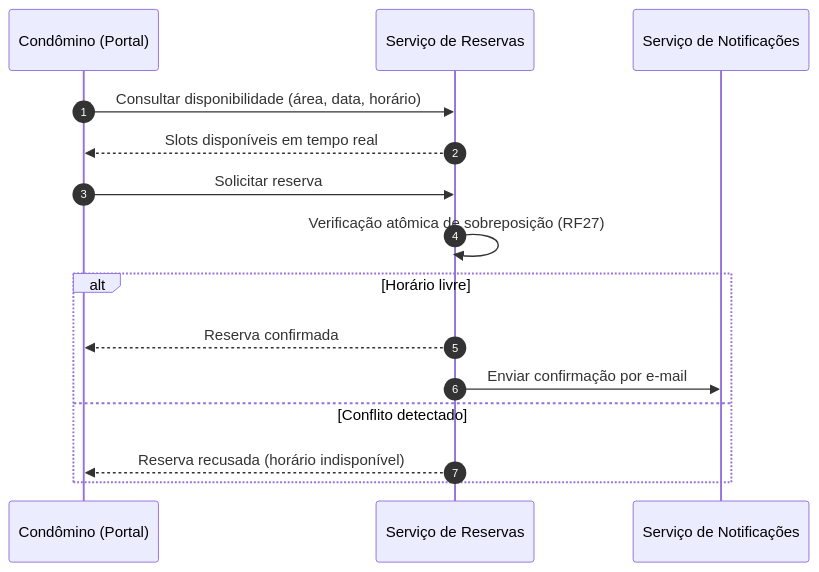
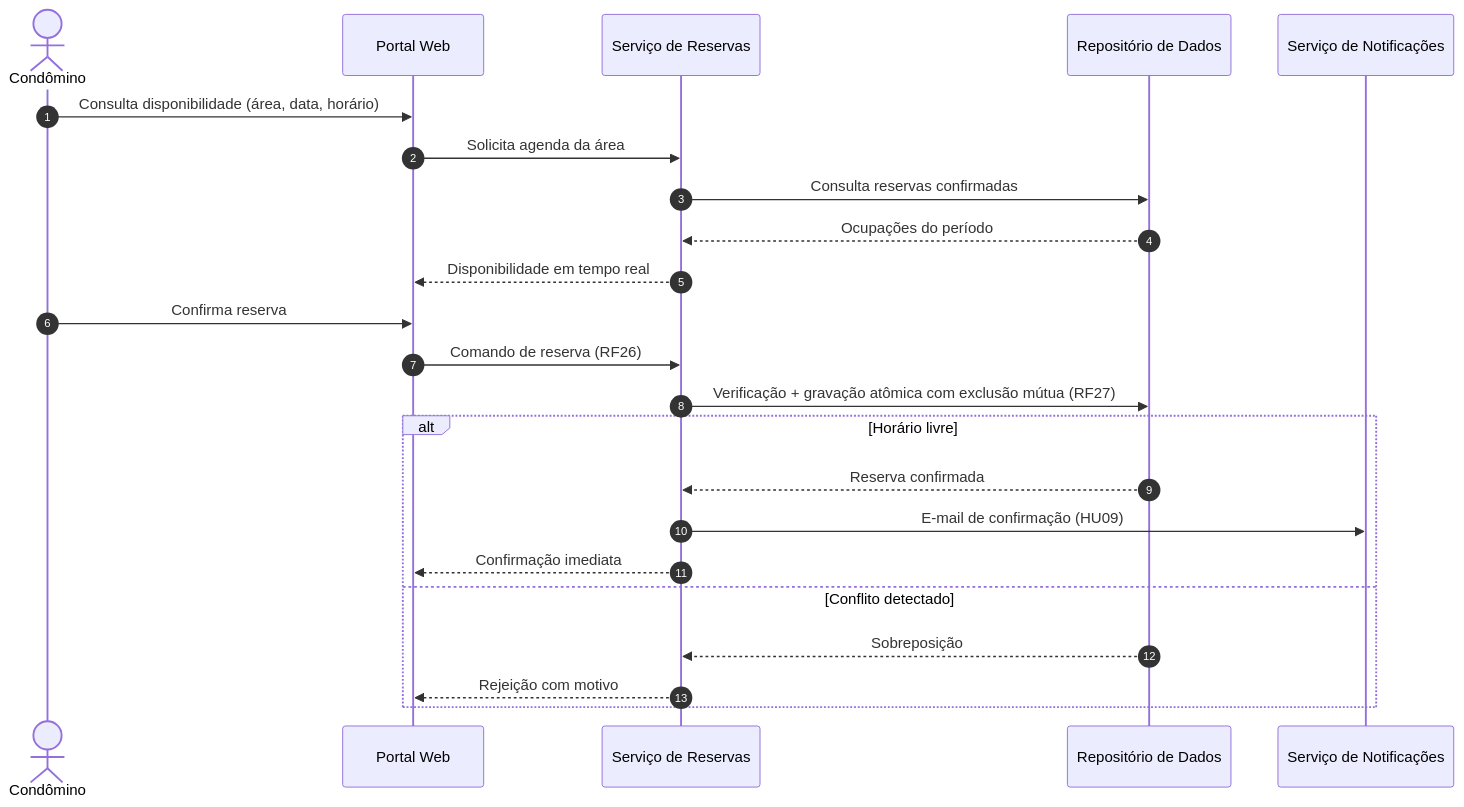
The third of 3 diagrams in docs/Time_2_Design/analise-qualitativa/outputs/relatorio_claude_fable_5_M04.md (PDC-ESIA/AI4ES), drawn with Mermaid before and after one commit. The commit also changed other lines of this file and 107 other files, not shown here.

````diff
--- a/docs/Time_2_Design/analise-qualitativa/outputs/relatorio_claude_fable_5_M04.md
+++ b/docs/Time_2_Design/analise-qualitativa/outputs/relatorio_claude_fable_5_M04.md
@@ -121,18 +138,26 @@
 ```mermaid
 sequenceDiagram
     autonumber
-    participant C as Condômino (Portal)
-    participant RES as Serviço de Reservas
-    participant NOT as Serviço de Notificações
+    actor C as Condômino
+    participant P as Portal Web
+    participant RS as Serviço de Reservas
+    participant R as Repositório de Dados
+    participant N as Serviço de Notificações
 
-    C->>RES: Consultar disponibilidade (área, data, horário)
-    RES-->>C: Slots disponíveis em tempo real
-    C->>RES: Solicitar reserva
-    RES->>RES: Verificação atômica de sobreposição (RF27)
+    C->>P: Consulta disponibilidade (área, data, horário)
+    P->>RS: Solicita agenda da área
+    RS->>R: Consulta reservas confirmadas
+    R-->>RS: Ocupações do período
+    RS-->>P: Disponibilidade em tempo real
+    C->>P: Confirma reserva
+    P->>RS: Comando de reserva (RF26)
+    RS->>R: Verificação + gravação atômica com exclusão mútua (RF27)
     alt Horário livre
-        RES-->>C: Reserva confirmada
-        RES->>NOT: Enviar confirmação por e-mail
+        R-->>RS: Reserva confirmada
+        RS->>N: E-mail de confirmação (HU09)
+        RS-->>P: Confirmação imediata
     else Conflito detectado
-        RES-->>C: Reserva recusada (horário indisponível)
+        R-->>RS: Sobreposição
+        RS-->>P: Rejeição com motivo
     end
 ```
````
